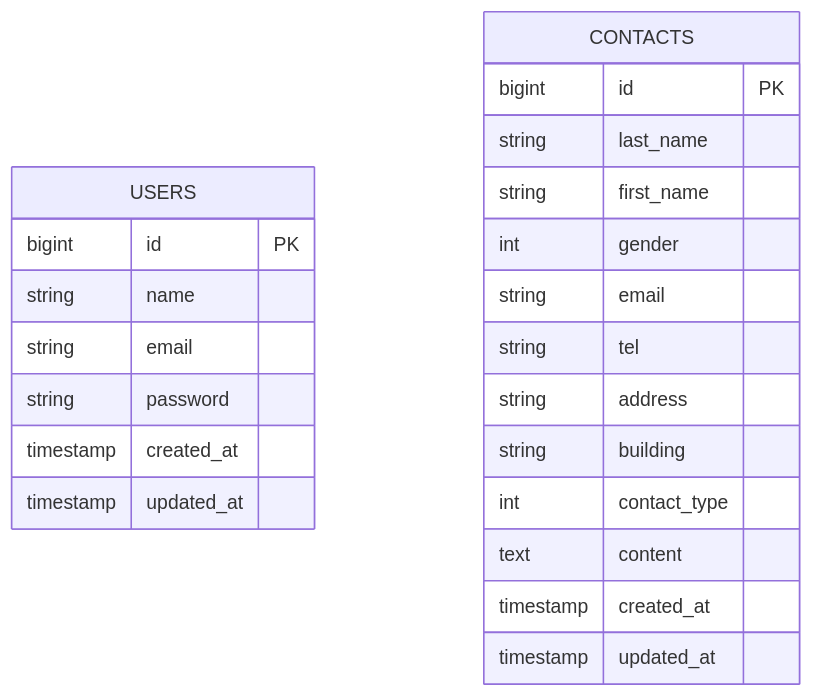
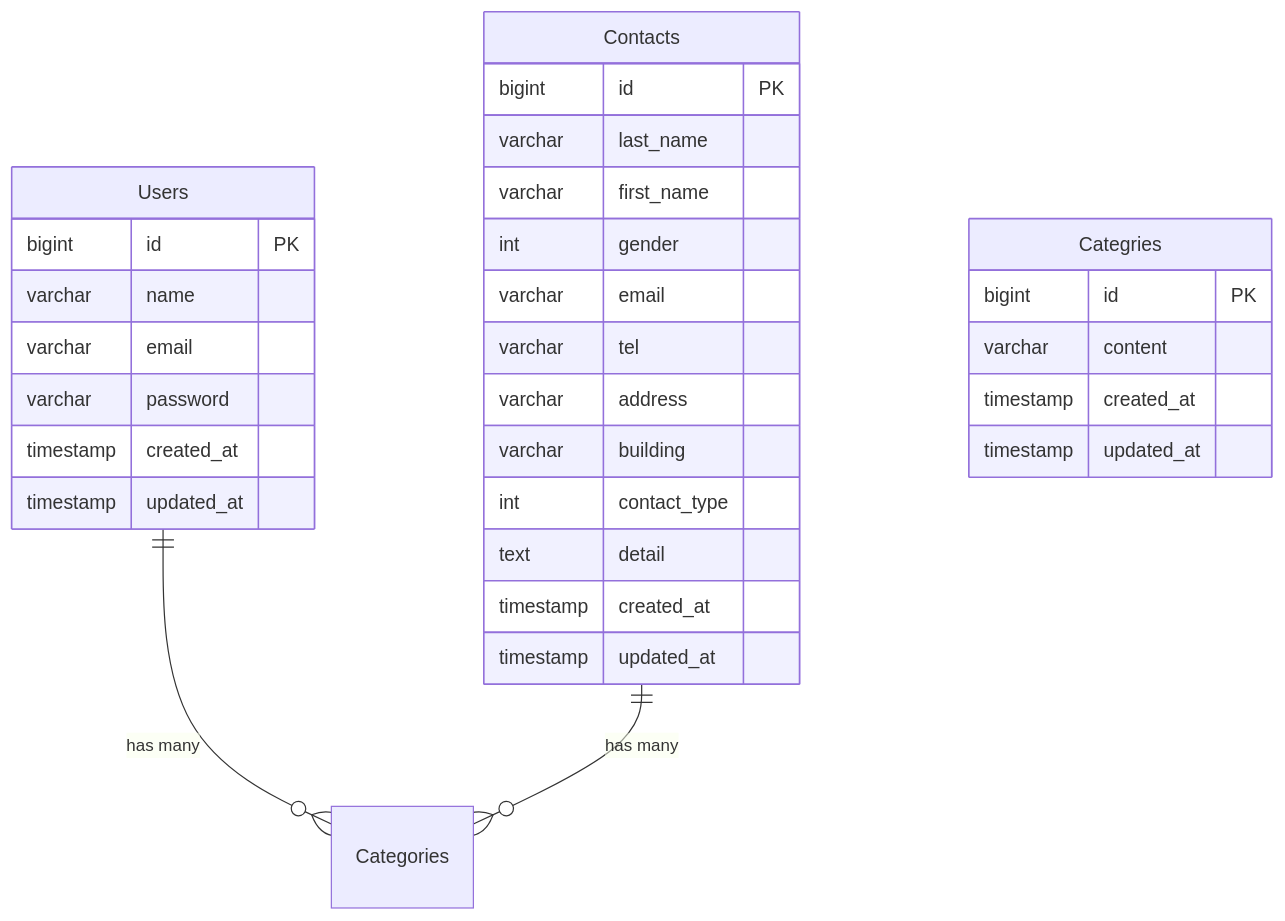
Before and after one commit to itou-nanase/test1: the diagram in README.md, drawn with Mermaid.

````diff
--- a/README.md
+++ b/README.md
@@ -34,26 +34,34 @@
 ```mermaid
 erDiagram
-    USERS {
+Users ||--o{ Categories : "has many"
+Contacts ||--o{ Categories : "has many"
+   Contacts {
         bigint id PK
-        string name
-        string email
-        string password
+        varchar last_name
+        varchar first_name
+        int gender
+        varchar email
+        varchar tel
+        varchar address
+        varchar building
+        int contact_type
+        text detail
+        timestamp created_at
+        timestamp updated_at
+    }
+    Users {
+        bigint id PK
+        varchar name
+        varchar email
+        varchar password
         timestamp created_at
         timestamp updated_at
     }
 
-    CONTACTS {
+   Categries{
         bigint id PK
-        string last_name
-        string first_name
-        int gender
-        string email
-        string tel
-        string address
-        string building
-        int contact_type
-        text content
+        varchar content
         timestamp created_at
         timestamp updated_at
     }
 ```
````
